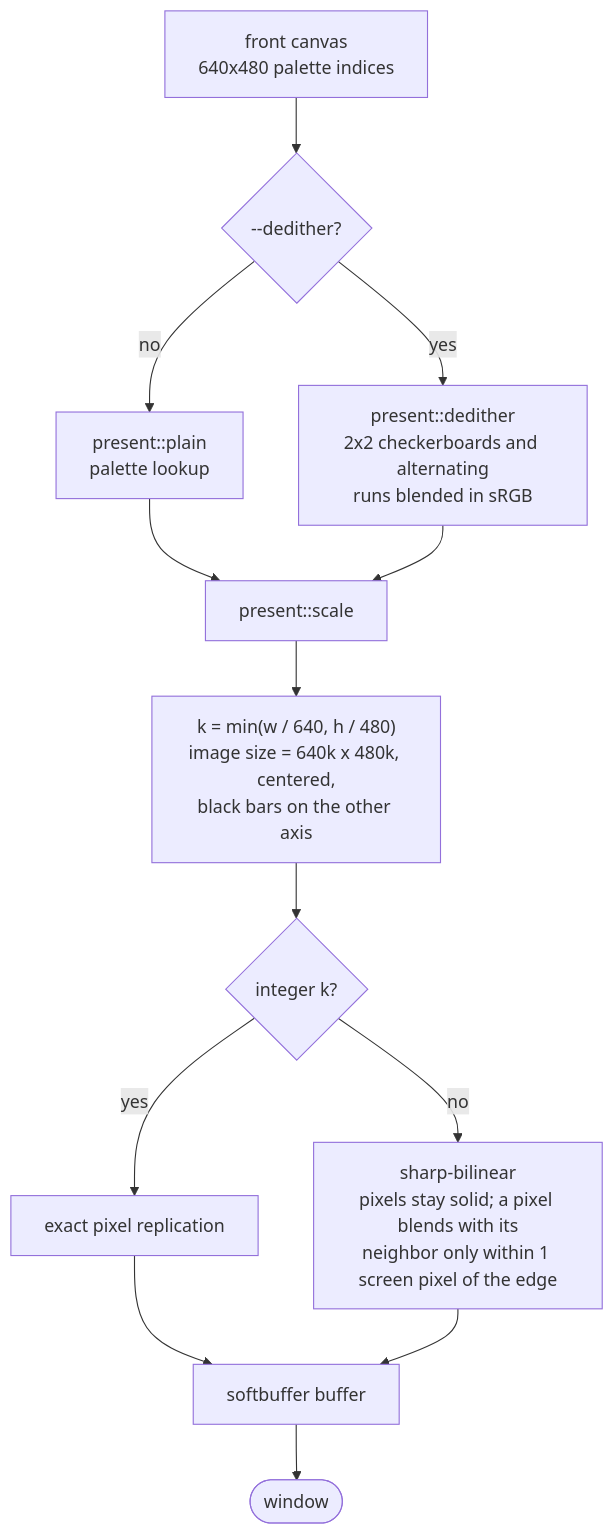
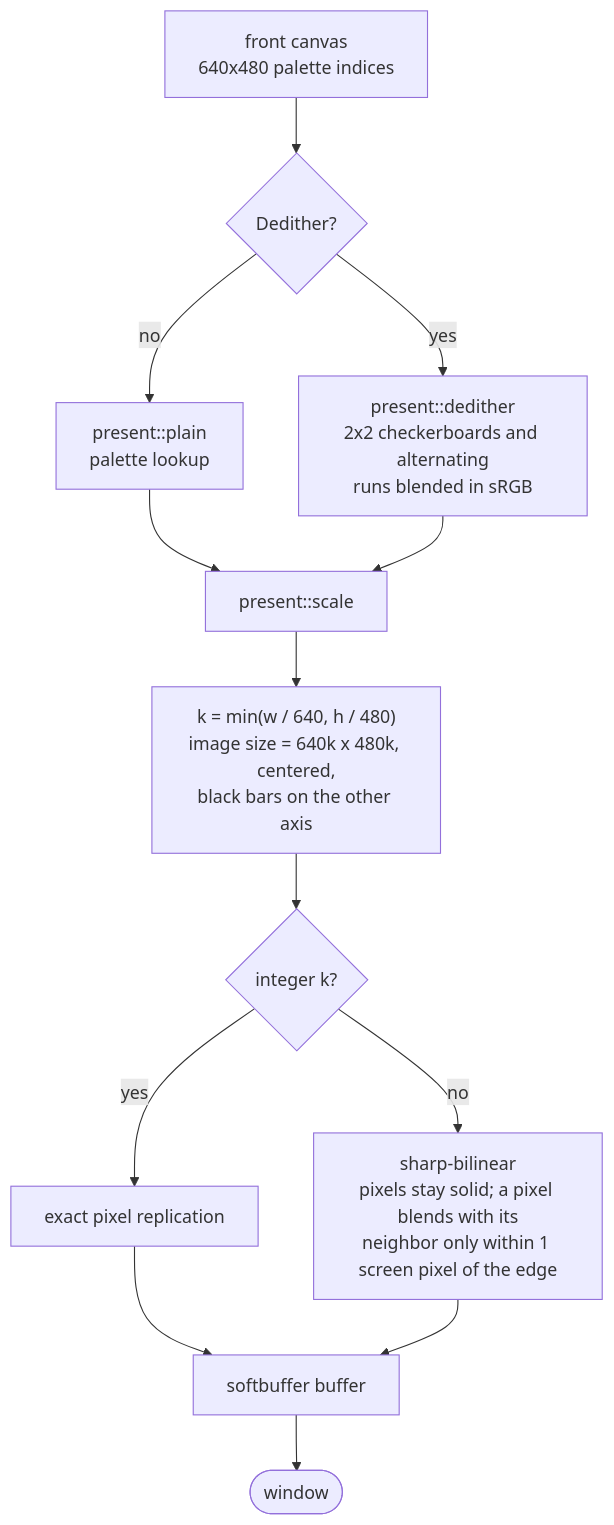
Before and after one commit to glauberlima/open-scrantic: the ninth of 13 diagrams in docs/DIAGRAMS.md, drawn with Mermaid. The commit also changed other lines of this file and 8 other files, not shown here.

````diff
--- a/docs/DIAGRAMS.md
+++ b/docs/DIAGRAMS.md
@@ -255,15 +255,15 @@
 ```mermaid
 flowchart TD
-    F["front canvas<br/>640x480 palette indices"] --> Q{"--dedither?"}
+    F["front canvas<br/>640x480 palette indices"] --> Q{"Dedither?"}
     Q -->|no| PL["present::plain<br/>palette lookup"]
     Q -->|yes| DD["present::dedither<br/>2x2 checkerboards and alternating<br/>runs blended in sRGB"]
     PL --> SC
     DD --> SC["present::scale"]
     SC --> K["k = min(w / 640, h / 480)<br/>image size = 640k x 480k, centered,<br/>black bars on the other axis"]
     K --> M{"integer k?"}
     M -->|yes| REP["exact pixel replication"]
     M -->|no| SB["sharp-bilinear<br/>pixels stay solid; a pixel blends with its<br/>neighbor only within 1 screen pixel of the edge"]
     REP --> BUF["softbuffer buffer"]
     SB --> BUF
     BUF --> WIN(["window"])
 ```
````
